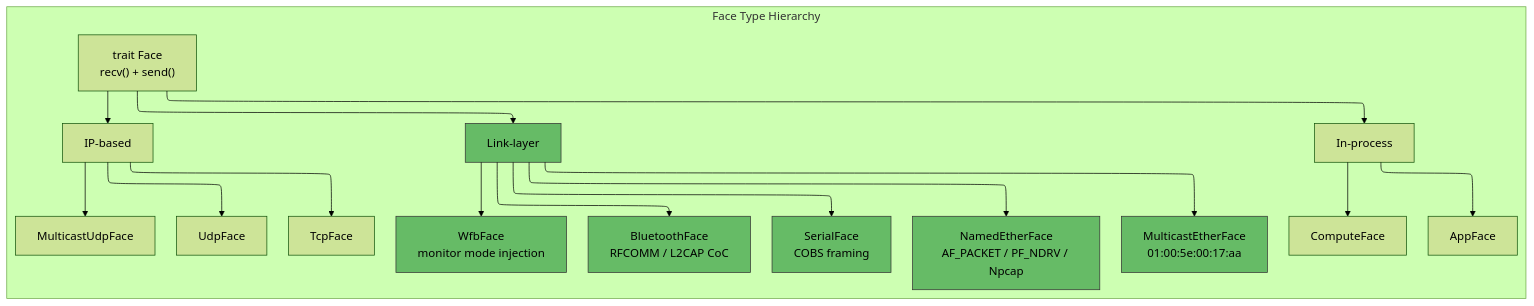
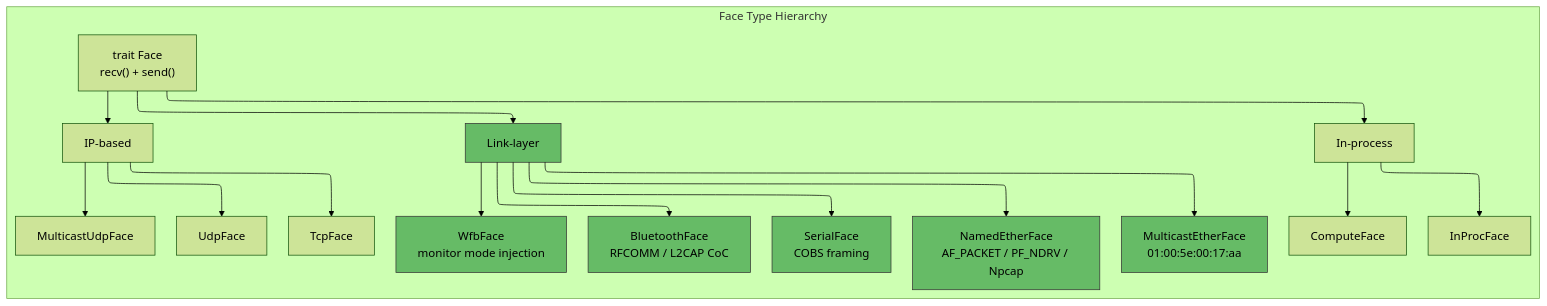
Before and after one commit to Quarmire/ndn-rs: the third of 3 diagrams in docs/wiki/src/deep-dive/link-layer-faces.md, drawn with Mermaid (forest theme). The commit also changed 29 other files, not shown here.

First line of the commit message:
docs: update ARCHITECTURE.md, wiki, and CHANGELOG for v0.1.0

````diff
--- a/docs/wiki/src/deep-dive/link-layer-faces.md
+++ b/docs/wiki/src/deep-dive/link-layer-faces.md
@@ -233,31 +233,31 @@
 ```mermaid
 %%{init: {"layout": "elk"}}%%
 graph TD
     subgraph "Face Type Hierarchy"
         Face["trait Face<br/>recv() + send()"]
 
         Face --> IP["IP-based"]
         Face --> L2["Link-layer"]
         Face --> Local["In-process"]
 
         IP --> UDP[UdpFace]
         IP --> TCP[TcpFace]
         IP --> MUDP[MulticastUdpFace]
 
         L2 --> Ether["NamedEtherFace<br/>AF_PACKET / PF_NDRV / Npcap"]
         L2 --> MEther["MulticastEtherFace<br/>01:00:5e:00:17:aa"]
         L2 --> Wfb["WfbFace<br/>monitor mode injection"]
         L2 --> BT["BluetoothFace<br/>RFCOMM / L2CAP CoC"]
         L2 --> Serial["SerialFace<br/>COBS framing"]
 
-        Local --> App[AppFace]
+        Local --> App[InProcFace]
         Local --> Compute[ComputeFace]
     end
 
     style L2 fill:#6b6,stroke:#333
     style Ether fill:#6b6,stroke:#333
     style MEther fill:#6b6,stroke:#333
     style Wfb fill:#6b6,stroke:#333
     style BT fill:#6b6,stroke:#333
     style Serial fill:#6b6,stroke:#333
 ```
````
